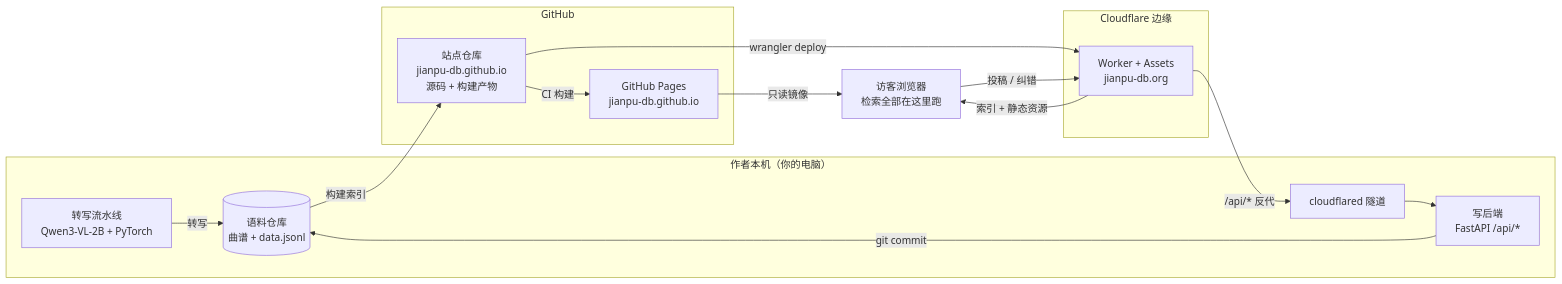
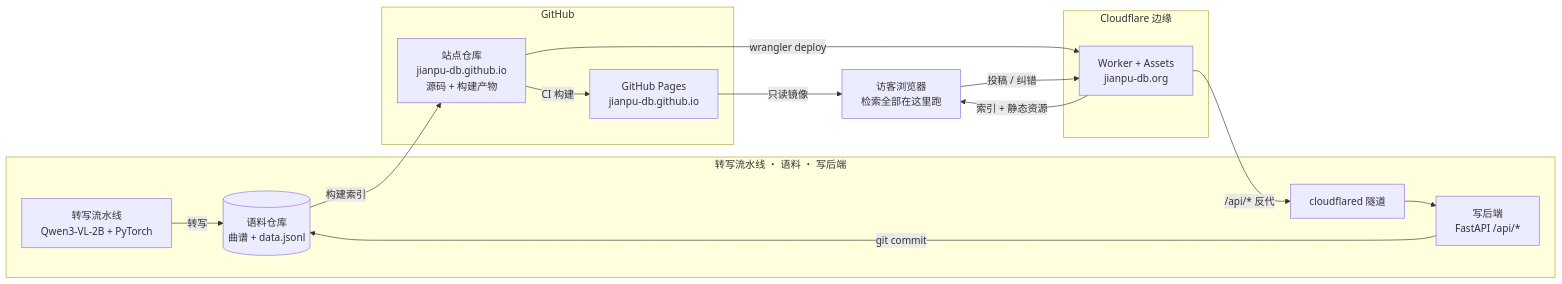
Before and after one commit to jianpu-db/jianpu-db.github.io: the diagram in README.md, drawn with Mermaid. The commit also changed other lines of this file, not shown here.

Commit message:
README：去掉「作者本机（你的电脑）」这个说法（图里的分组和表格那行都改）

````diff
--- a/README.md
+++ b/README.md
@@ -19,28 +19,28 @@
 ```mermaid
 flowchart LR
-  subgraph DEV["作者本机（你的电脑）"]
+  subgraph DEV["转写流水线 ・ 语料 ・ 写后端"]
     PIPE["转写流水线<br/>Qwen3-VL-2B + PyTorch"]
     CORPUS[("语料仓库<br/>曲谱 + data.jsonl")]
     API["写后端<br/>FastAPI /api/*"]
     TUN["cloudflared 隧道"]
   end
   subgraph GH["GitHub"]
     SRC["站点仓库<br/>jianpu-db.github.io<br/>源码 + 构建产物"]
     PAGES["GitHub Pages<br/>jianpu-db.github.io"]
   end
   subgraph CF["Cloudflare 边缘"]
     W["Worker + Assets<br/>jianpu-db.org"]
   end
   BROWSER["访客浏览器<br/>检索全部在这里跑"]
 
   PIPE -->|转写| CORPUS
   CORPUS -->|构建索引| SRC
   SRC -->|CI 构建| PAGES
   SRC -->|wrangler deploy| W
   PAGES -->|只读镜像| BROWSER
   W -->|索引 + 静态资源| BROWSER
   BROWSER -->|投稿 / 纠错| W
   W -->|"/api/* 反代"| TUN
   TUN --> API
   API -->|git commit| CORPUS
 ```
````
